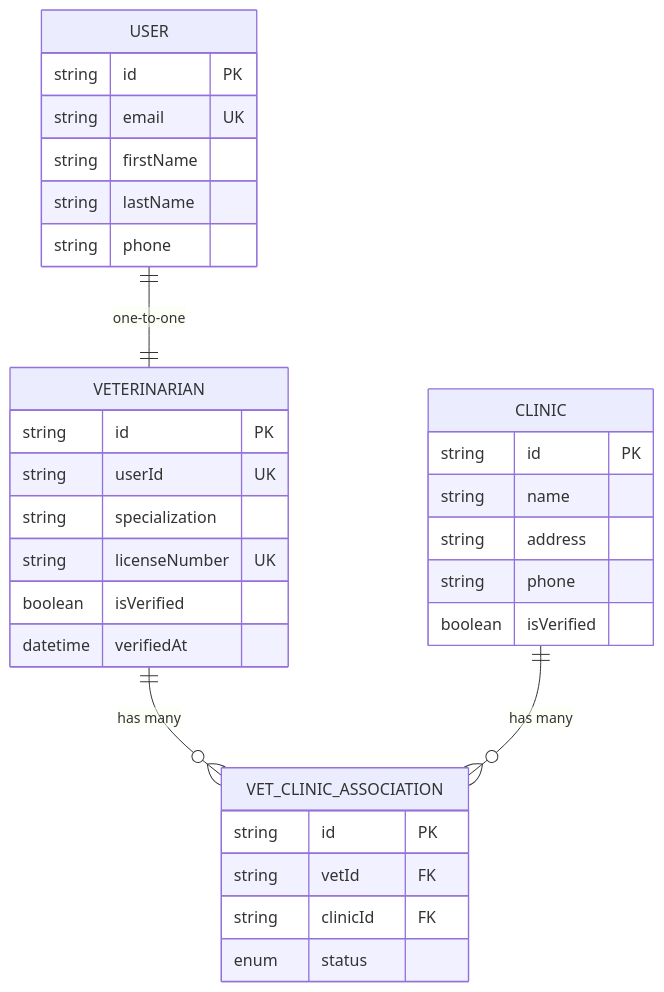
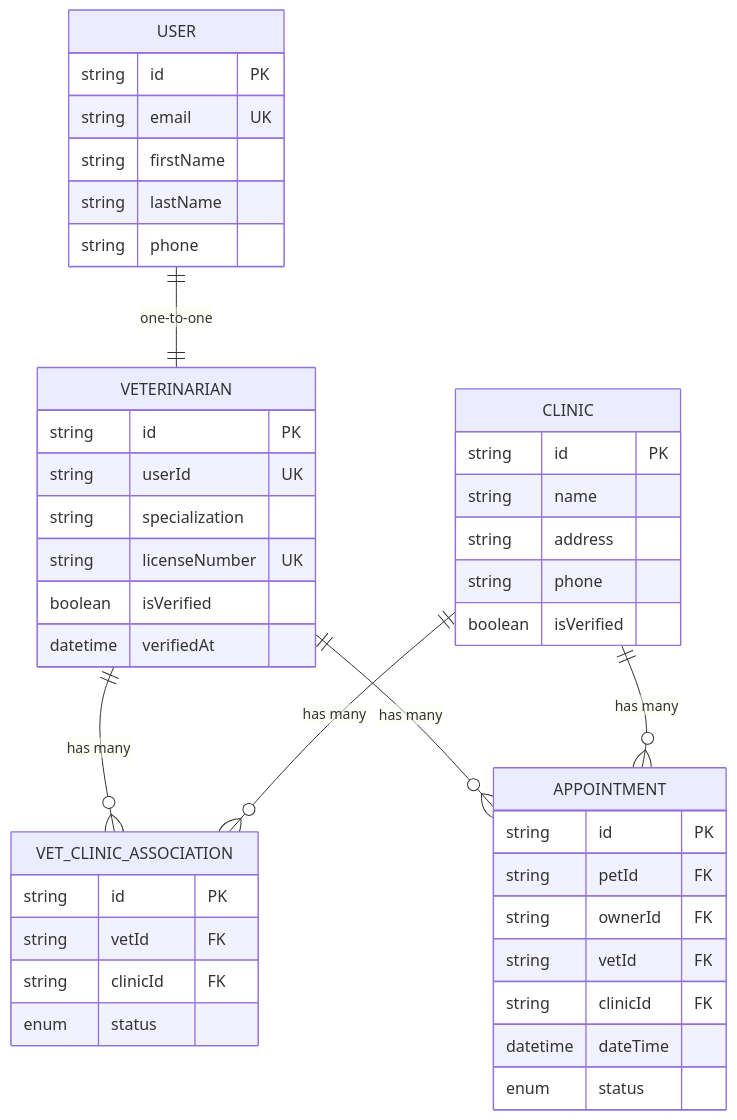
The fourth of 4 diagrams in .qoder/repowiki/en/content/API Reference/Veterinary Tools API/Veterinarian Discovery API.md (Javeria-Javaid/ai-powered-pet-healthcare-ecosystem), drawn with Mermaid before and after one commit. The commit also changed other lines of this file and 48 other files, not shown here.

Commit message:
Update Pet Health Summary and Veterinarian Discovery APIs documentation

````diff
--- a/.qoder/repowiki/en/content/API Reference/Veterinary Tools API/Veterinarian Discovery API.md
+++ b/.qoder/repowiki/en/content/API Reference/Veterinary Tools API/Veterinarian Discovery API.md
@@ -235,34 +328,45 @@
 ```mermaid
 erDiagram
 VETERINARIAN {
 string id PK
 string userId UK
 string specialization
 string licenseNumber UK
 boolean isVerified
 datetime verifiedAt
 }
 USER {
 string id PK
 string email UK
 string firstName
 string lastName
 string phone
 }
 CLINIC {
 string id PK
 string name
 string address
 string phone
 boolean isVerified
 }
 VET_CLINIC_ASSOCIATION {
 string id PK
 string vetId FK
 string clinicId FK
 enum status
 }
+APPOINTMENT {
+string id PK
+string petId FK
+string ownerId FK
+string vetId FK
+string clinicId FK
+datetime dateTime
+enum status
+}
 VETERINARIAN ||--o{ VET_CLINIC_ASSOCIATION : "has many"
 CLINIC ||--o{ VET_CLINIC_ASSOCIATION : "has many"
 USER ||--|| VETERINARIAN : "one-to-one"
+VETERINARIAN ||--o{ APPOINTMENT : "has many"
+CLINIC ||--o{ APPOINTMENT : "has many"
 ```
````
